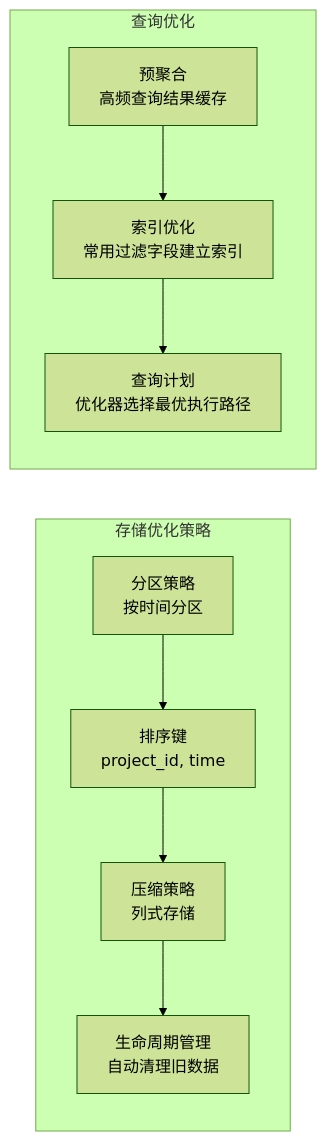
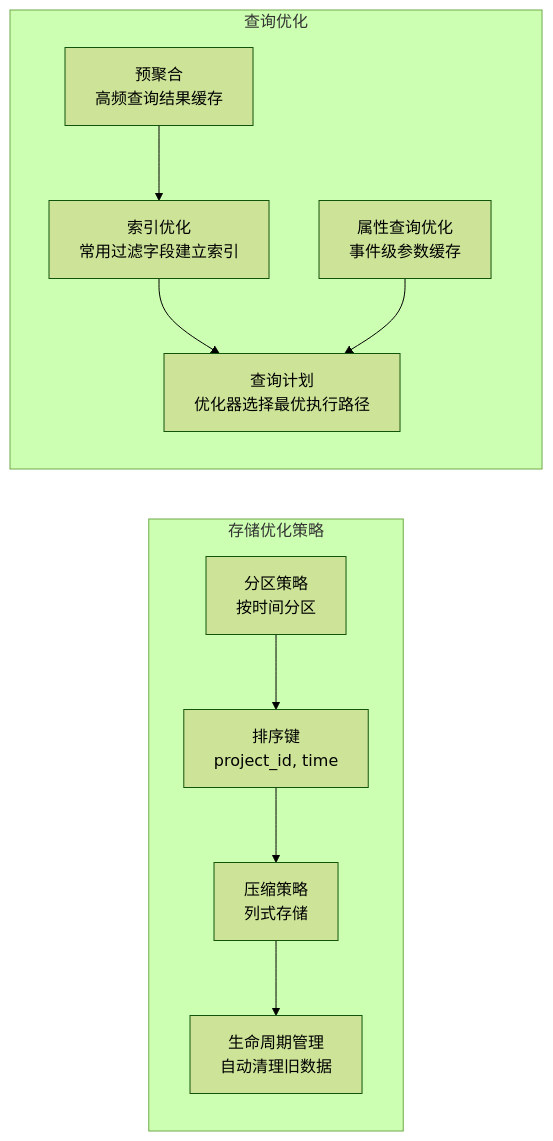
The tenth of 11 diagrams in .qoder/repowiki/zh/content/Web控制台/实时分析功能.md (zhen-zhong/AeroLog), drawn with Mermaid (forest theme) before and after one commit. The commit also changed other lines of this file and 84 other files, not shown here.

````diff
--- a/.qoder/repowiki/zh/content/Web控制台/实时分析功能.md
+++ b/.qoder/repowiki/zh/content/Web控制台/实时分析功能.md
@@ -380,19 +456,21 @@
 ```mermaid
 graph LR
 subgraph "存储优化策略"
 PARTITION[分区策略<br/>按时间分区]
 SORTKEY[排序键<br/>project_id, time]
 COMPRESSION[压缩策略<br/>列式存储]
 TTL[生命周期管理<br/>自动清理旧数据]
 end
 subgraph "查询优化"
 AGGREGATION[预聚合<br/>高频查询结果缓存]
 INDEX[索引优化<br/>常用过滤字段建立索引]
 QUERY_PLAN[查询计划<br/>优化器选择最优执行路径]
+PROPERTY_OPT[属性查询优化<br/>事件级参数缓存]
 end
 PARTITION --> SORTKEY
 SORTKEY --> COMPRESSION
 COMPRESSION --> TTL
 AGGREGATION --> INDEX
 INDEX --> QUERY_PLAN
+PROPERTY_OPT --> QUERY_PLAN
 ```
````
